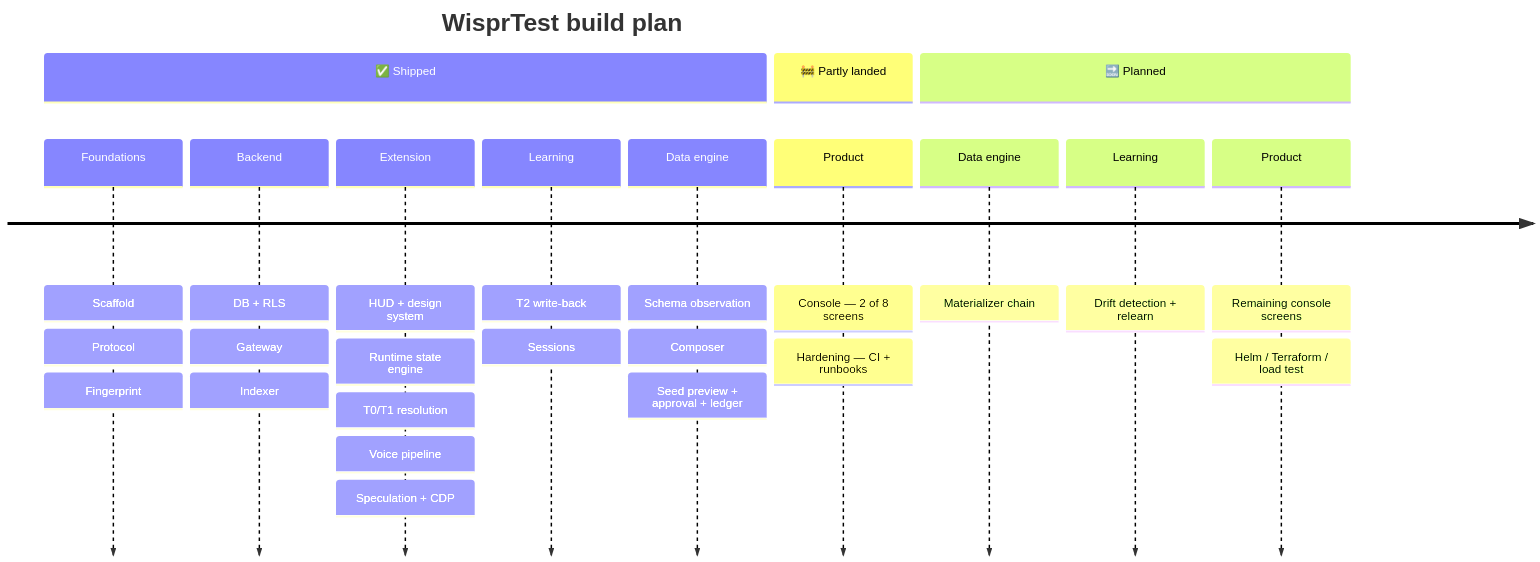
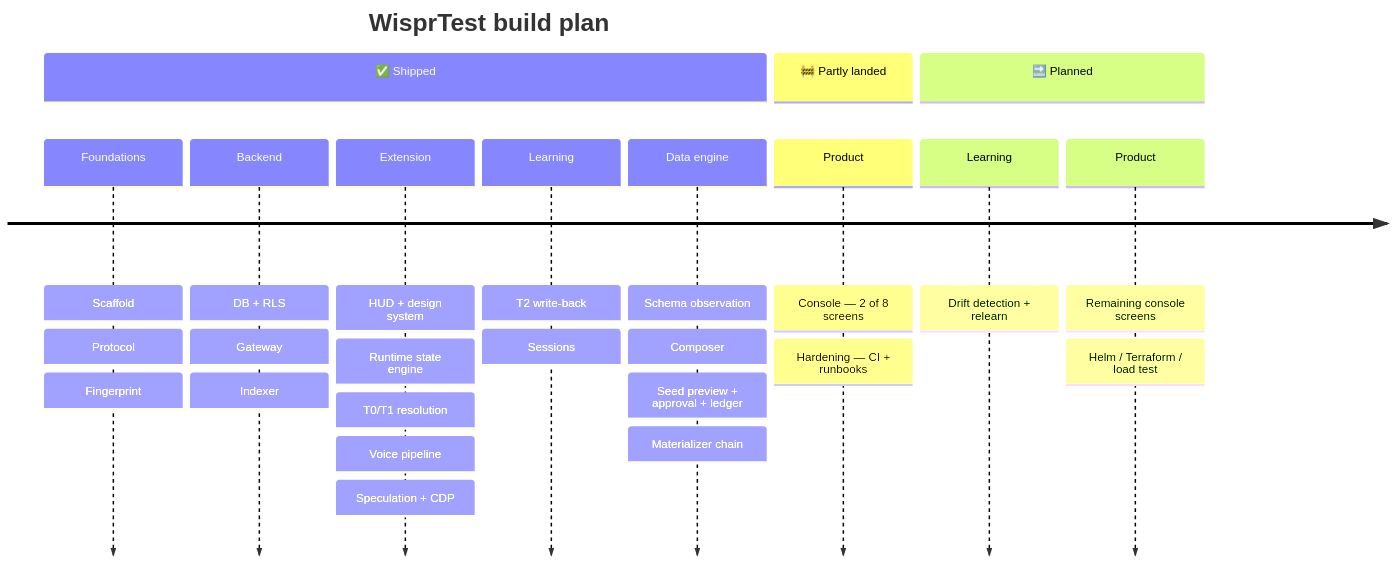
One commit to Rkcr007/wisprtest changed the sixth of 6 diagrams in README.md. Above: the diagram before and after it, drawn with Mermaid. The commit also changed other lines of this file, not shown here.

````diff
--- a/README.md
+++ b/README.md
@@ -344,16 +344,15 @@
 ```mermaid
 timeline
     title WisprTest build plan
     section ✅ Shipped
         Foundations : Scaffold : Protocol : Fingerprint
         Backend : DB + RLS : Gateway : Indexer
         Extension : HUD + design system : Runtime state engine : T0/T1 resolution : Voice pipeline : Speculation + CDP
         Learning : T2 write-back : Sessions
-        Data engine : Schema observation : Composer : Seed preview + approval + ledger
+        Data engine : Schema observation : Composer : Seed preview + approval + ledger : Materializer chain
     section 🚧 Partly landed
         Product : Console — 2 of 8 screens : Hardening — CI + runbooks
     section 🔜 Planned
-        Data engine : Materializer chain
         Learning : Drift detection + relearn
         Product : Remaining console screens : Helm / Terraform / load test
 ```
````
